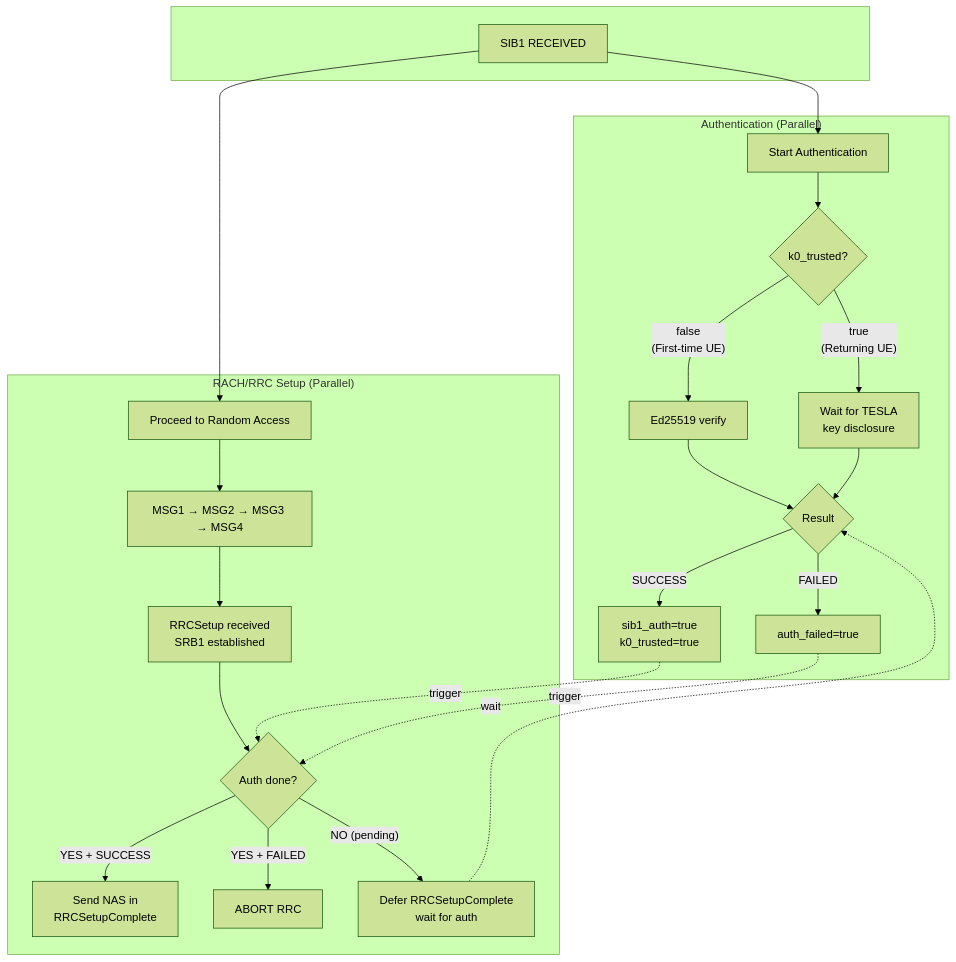
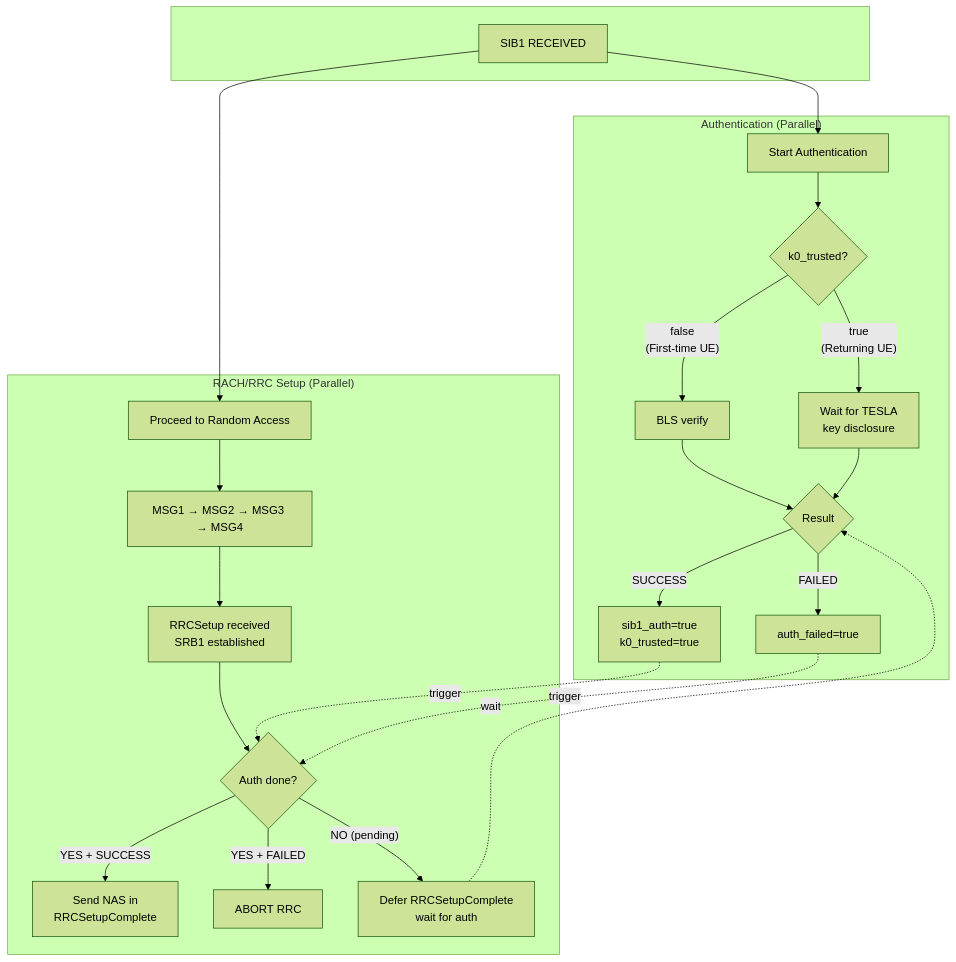
The diagram in doc-tf5/ue-implementation.md (ssubinsong/oai-tf5), drawn with Mermaid (forest theme) before and after one commit. The commit also changed other lines of this file and 9 other files, not shown here.

````diff
--- a/doc-tf5/ue-implementation.md
+++ b/doc-tf5/ue-implementation.md
@@ -71,35 +71,35 @@
 ```mermaid
 flowchart TB
     subgraph start[" "]
         SIB1["SIB1 RECEIVED"]
     end
 
     SIB1 --> AUTH
     SIB1 --> RACH
 
     subgraph left["Authentication (Parallel)"]
         AUTH["Start Authentication"]
         AUTH --> CHECK{"k0_trusted?"}
-        CHECK -->|"false<br/>(First-time UE)"| ED25519["Ed25519 verify"]
+        CHECK -->|"false<br/>(First-time UE)"| BLS["BLS verify"]
         CHECK -->|"true<br/>(Returning UE)"| TESLA["Wait for TESLA<br/>key disclosure"]
-        ED25519 --> RESULT
+        BLS --> RESULT
         TESLA --> RESULT
         RESULT{"Result"}
         RESULT -->|SUCCESS| SUCCESS["sib1_auth=true<br/>k0_trusted=true"]
         RESULT -->|FAILED| FAILED["auth_failed=true"]
     end
 
     subgraph right["RACH/RRC Setup (Parallel)"]
         RACH["Proceed to Random Access"]
         RACH --> MSGS["MSG1 → MSG2 → MSG3 → MSG4"]
         MSGS --> RRCSETUP["RRCSetup received<br/>SRB1 established"]
         RRCSETUP --> GATE{"Auth done?"}
         GATE -->|"YES + SUCCESS"| NAS["Send NAS in<br/>RRCSetupComplete"]
         GATE -->|"YES + FAILED"| ABORT["ABORT RRC"]
         GATE -->|"NO (pending)"| DEFER["Defer RRCSetupComplete<br/>wait for auth"]
     end
 
     SUCCESS -.->|"trigger"| GATE
     FAILED -.->|"trigger"| GATE
     DEFER -.->|"wait"| RESULT
 ```
````
